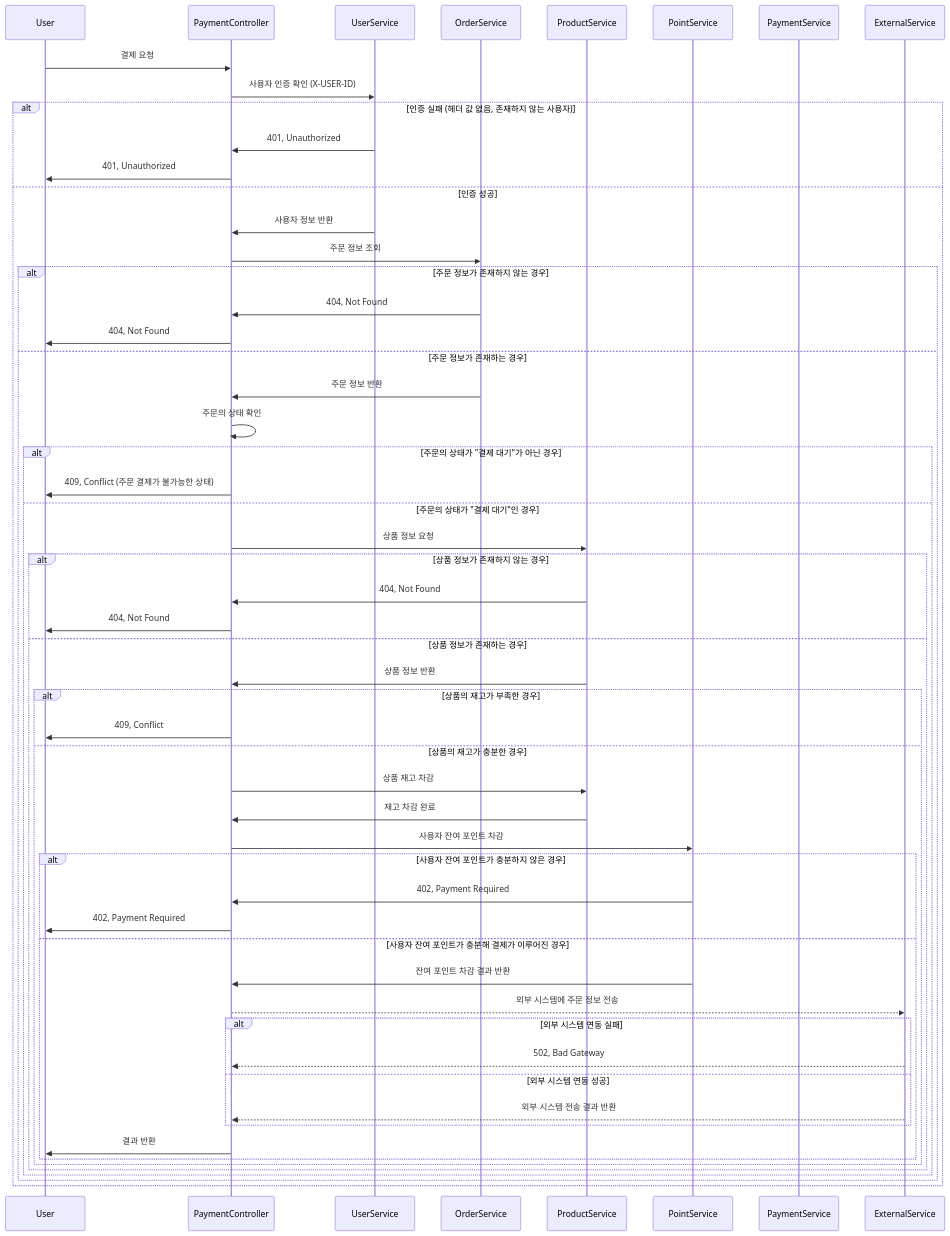
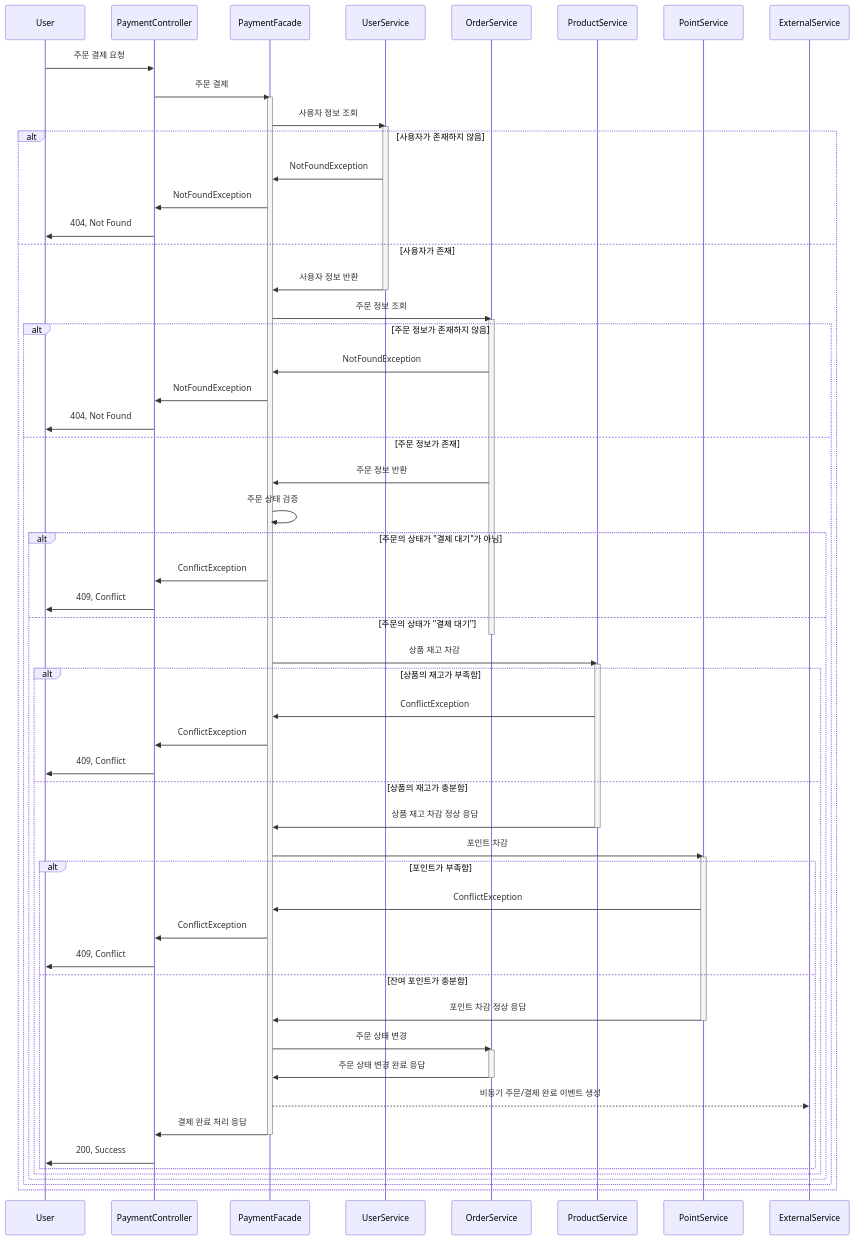
One commit to taehwan0/loopers-ecommerce changed the second of 2 diagrams in docs/design/02-sequence-diagrams.md. Above: the diagram before and after it, drawn with Mermaid. The commit also changed other lines of this file and 1 other file, not shown here.

````diff
--- a/docs/design/02-sequence-diagrams.md
+++ b/docs/design/02-sequence-diagrams.md
@@ -40,58 +58,68 @@
 ```mermaid
 sequenceDiagram
     participant User
     participant PaymentController
+    participant PaymentFacade
     participant UserService
     participant OrderService
     participant ProductService
     participant PointService
-    participant PaymentService
     participant ExternalService
-    User ->> PaymentController: 결제 요청
-    PaymentController ->> UserService: 사용자 인증 확인 (X-USER-ID)
-    alt 인증 실패 (헤더 값 없음, 존재하지 않는 사용자)
-        UserService ->> PaymentController: 401, Unauthorized
-        PaymentController ->> User: 401, Unauthorized
-    else 인증 성공
-        UserService ->> PaymentController: 사용자 정보 반환
-        PaymentController ->> OrderService: 주문 정보 조회
-        alt 주문 정보가 존재하지 않는 경우
-            OrderService ->> PaymentController: 404, Not Found
+    User ->> PaymentController: 주문 결제 요청
+    PaymentController ->> PaymentFacade: 주문 결제
+    activate PaymentFacade
+    PaymentFacade ->> UserService: 사용자 정보 조회
+    activate UserService
+    alt 사용자가 존재하지 않음
+        UserService ->> PaymentFacade: NotFoundException
+        PaymentFacade ->> PaymentController: NotFoundException
+        PaymentController ->> User: 404, Not Found
+    else 사용자가 존재
+        UserService ->> PaymentFacade: 사용자 정보 반환
+        deactivate UserService
+        PaymentFacade ->> OrderService: 주문 정보 조회
+        activate OrderService
+        alt 주문 정보가 존재하지 않음
+            OrderService ->> PaymentFacade: NotFoundException
+            PaymentFacade ->> PaymentController: NotFoundException
             PaymentController ->> User: 404, Not Found
-        else 주문 정보가 존재하는 경우
-            OrderService ->> PaymentController: 주문 정보 반환
-            PaymentController ->> PaymentController: 주문의 상태 확인
-            alt 주문의 상태가 "결제 대기"가 아닌 경우
-                PaymentController ->> User: 409, Conflict (주문 결제가 불가능한 상태)
-            else 주문의 상태가 "결제 대기"인 경우
-                PaymentController ->> ProductService: 상품 정보 요청
-                alt 상품 정보가 존재하지 않는 경우
-                    ProductService ->> PaymentController: 404, Not Found
-                    PaymentController ->> User: 404, Not Found
-                else 상품 정보가 존재하는 경우
-                    ProductService ->> PaymentController: 상품 정보 반환
-                    alt 상품의 재고가 부족한 경우
+        else 주문 정보가 존재
+            OrderService ->> PaymentFacade: 주문 정보 반환
+            PaymentFacade ->> PaymentFacade: 주문 상태 검증
+            alt 주문의 상태가 "결제 대기"가 아님
+                PaymentFacade ->> PaymentController: ConflictException
+                PaymentController ->> User: 409, Conflict
+            else 주문의 상태가 "결제 대기"
+                deactivate OrderService
+                PaymentFacade ->> ProductService: 상품 재고 차감
+                activate ProductService
+                alt 상품의 재고가 부족함
+                    ProductService ->> PaymentFacade: ConflictException
+                    PaymentFacade ->> PaymentController: ConflictException
+                    PaymentController ->> User: 409, Conflict
+                else 상품의 재고가 충분함
+                    ProductService ->> PaymentFacade: 상품 재고 차감 정상 응답
+                    deactivate ProductService
+                    PaymentFacade ->> PointService: 포인트 차감
+                    activate PointService
+                    alt 포인트가 부족함
+                        PointService ->> PaymentFacade: ConflictException
+                        PaymentFacade ->> PaymentController: ConflictException
                         PaymentController ->> User: 409, Conflict
-                    else 상품의 재고가 충분한 경우
-                        PaymentController ->> ProductService: 상품 재고 차감
-                        ProductService ->> PaymentController: 재고 차감 완료
-                        PaymentController ->> PointService: 사용자 잔여 포인트 차감
-                        alt 사용자 잔여 포인트가 충분하지 않은 경우
-                            PointService ->> PaymentController: 402, Payment Required
-                            PaymentController ->> User: 402, Payment Required
-                        else 사용자 잔여 포인트가 충분해 결제가 이루어진 경우
-                            PointService ->> PaymentController: 잔여 포인트 차감 결과 반환
-                            PaymentController -->> ExternalService: 외부 시스템에 주문 정보 전송
-                            alt 외부 시스템 연동 실패
-                                ExternalService -->> PaymentController: 502, Bad Gateway
-                            else 외부 시스템 연동 성공
-                                ExternalService -->> PaymentController: 외부 시스템 전송 결과 반환
-                            end
-                            PaymentController ->> User: 결과 반환
-                        end
+                    else 잔여 포인트가 충분함
+                        PointService ->> PaymentFacade: 포인트 차감 정상 응답
+                        deactivate PointService
+                        PaymentFacade ->> OrderService: 주문 상태 변경
+                        activate OrderService
+                        OrderService ->> PaymentFacade: 주문 상태 변경 완료 응답
+                        deactivate OrderService
+                        PaymentFacade -->> ExternalService: 비동기 주문/결제 완료 이벤트 생성
+                        PaymentFacade ->> PaymentController: 결제 완료 처리 응답
+                        deactivate PaymentFacade
+                        PaymentController ->> User: 200, Success
                     end
                 end
             end
         end
-    end 
+    end
 ```
````
